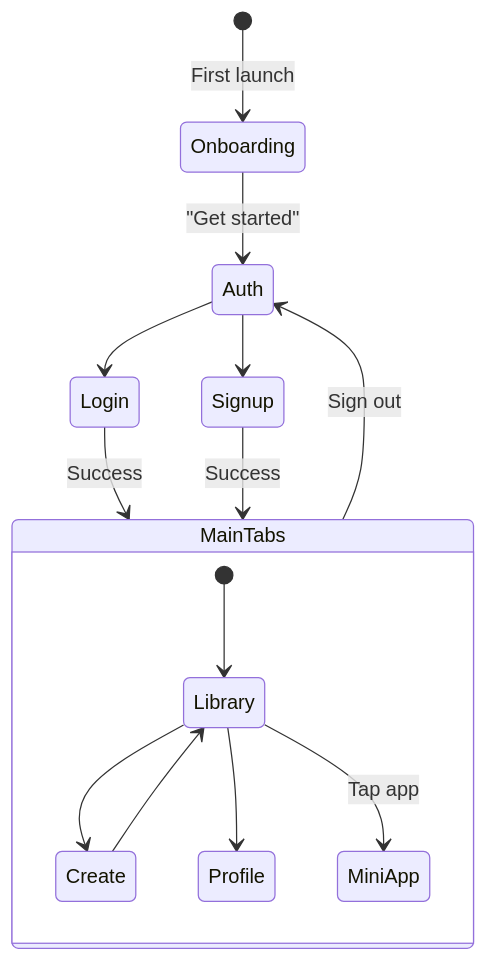
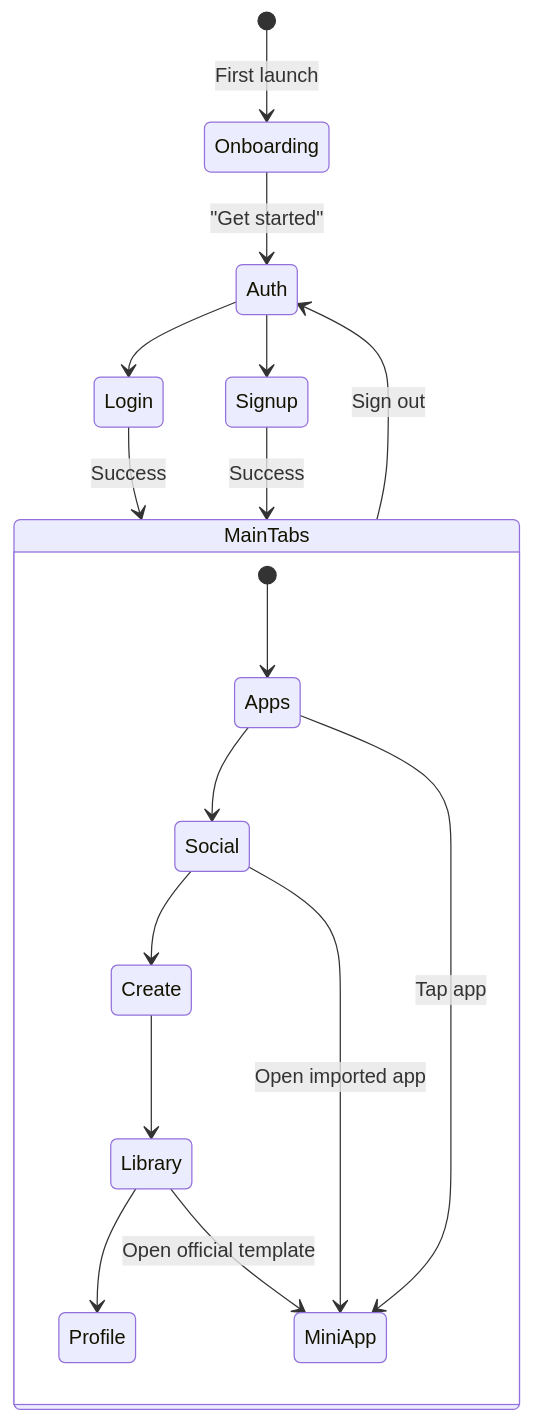
The seventh of 9 diagrams in docs/docs/architecture/data-flow.md (wartelth/baristapp), drawn with Mermaid before and after one commit. The commit also changed other lines of this file and 119 other files, not shown here.

Commit message:
Update README and SQL setup; enhance app navigation and introduce new screens for social sharing and developer library. Implement location access in MiniAppRenderer and improve text rendering logic. Add new API endpoints for social features and refine data flow documentation.

````diff
--- a/docs/docs/architecture/data-flow.md
+++ b/docs/docs/architecture/data-flow.md
@@ -174,18 +174,21 @@
 ```mermaid
 stateDiagram-v2
     [*] --> Onboarding: First launch
     Onboarding --> Auth: "Get started"
     Auth --> Login
     Auth --> Signup
     Login --> MainTabs: Success
     Signup --> MainTabs: Success
     MainTabs --> Auth: Sign out
 
     state MainTabs {
-        [*] --> Library
-        Library --> Create
+        [*] --> Apps
+        Apps --> Social
+        Social --> Create
         Create --> Library
         Library --> Profile
-        Library --> MiniApp: Tap app
+        Apps --> MiniApp: Tap app
+        Social --> MiniApp: Open imported app
+        Library --> MiniApp: Open official template
     }
 ```
````
